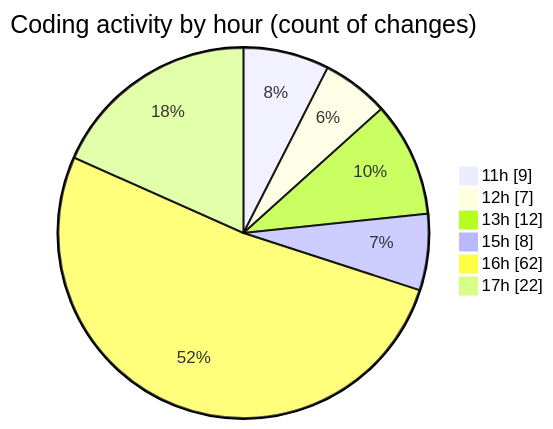
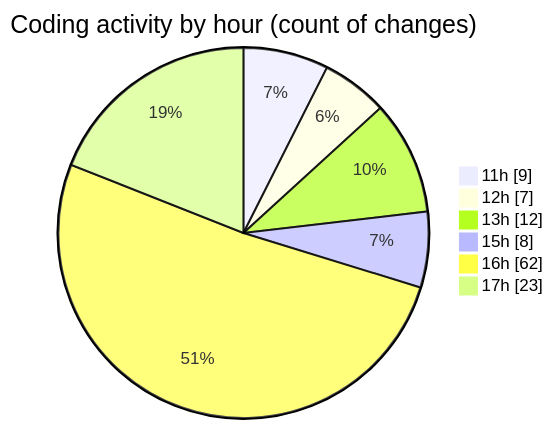
The second of 2 diagrams in 2025-08-07/ribbon/README.md (EIIisD/code-tracking), drawn with Mermaid before and after one commit. The commit also changed other lines of this file and 1 other file, not shown here.

````diff
--- a/2025-08-07/ribbon/README.md
+++ b/2025-08-07/ribbon/README.md
@@ -49,10 +49,10 @@
 ```mermaid
 pie showData
 title Coding activity by hour (count of changes)
 "11h" : 9
 "12h" : 7
 "13h" : 12
 "15h" : 8
 "16h" : 62
-"17h" : 22
+"17h" : 23
 ```
````
